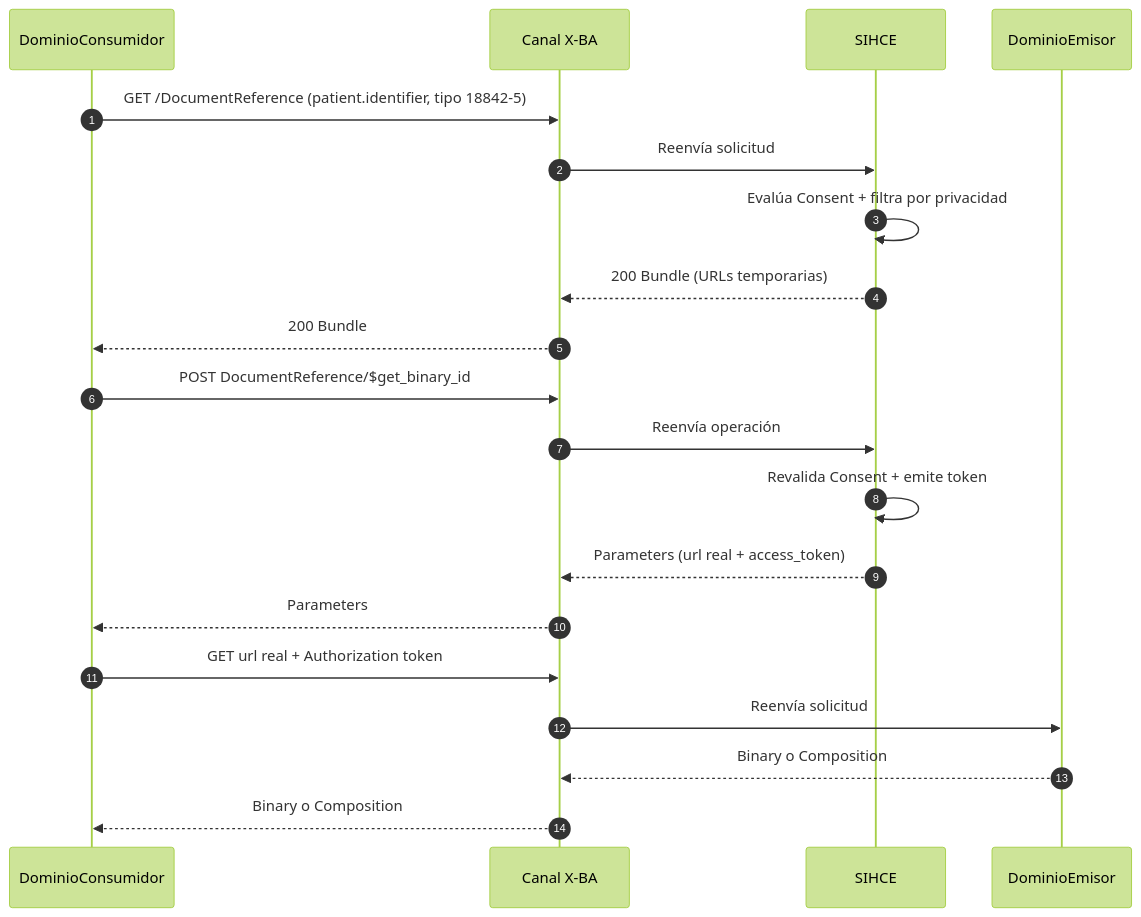
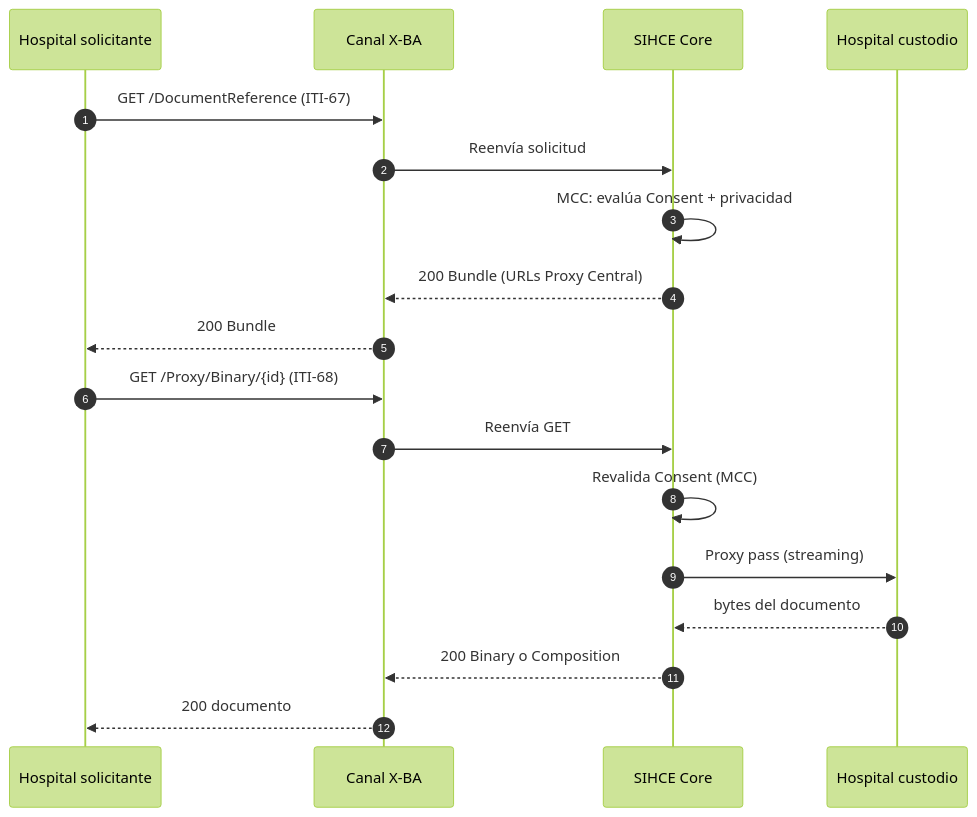
One commit to HL7-AR/sihce-ig changed the eighth of 10 diagrams in input/pagecontent/CasosDeUso.md. Above: the diagram before and after it, drawn with Mermaid (forest theme). The commit also changed other lines of this file and 1274 other files, not shown here.

First line of the commit message:
IG v1.5.0: Proxy Central ITI-67/68 y eliminación de $get_binary_id.

````diff
--- a/input/pagecontent/CasosDeUso.md
+++ b/input/pagecontent/CasosDeUso.md
@@ -144,22 +144,20 @@
 ```mermaid
 sequenceDiagram
   autonumber
-  participant C as DominioConsumidor
+  participant C as Hospital solicitante
   participant X as Canal X-BA
-  participant S as SIHCE
-  participant E as DominioEmisor
-  C->>X: GET /DocumentReference (patient.identifier, tipo 18842-5)
+  participant S as SIHCE Core
+  participant E as Hospital custodio
+  C->>X: GET /DocumentReference (ITI-67)
   X->>S: Reenvía solicitud
-  S->>S: Evalúa Consent + filtra por privacidad
-  S-->>X: 200 Bundle (URLs temporarias)
+  S->>S: MCC: evalúa Consent + privacidad
+  S-->>X: 200 Bundle (URLs Proxy Central)
   X-->>C: 200 Bundle
-  C->>X: POST DocumentReference/$get_binary_id
-  X->>S: Reenvía operación
-  S->>S: Revalida Consent + emite token
-  S-->>X: Parameters (url real + access_token)
-  X-->>C: Parameters
-  C->>X: GET url real + Authorization token
-  X->>E: Reenvía solicitud
-  E-->>X: Binary o Composition
-  X-->>C: Binary o Composition
+  C->>X: GET /Proxy/Binary/{id} (ITI-68)
+  X->>S: Reenvía GET
+  S->>S: Revalida Consent (MCC)
+  S->>E: Proxy pass (streaming)
+  E-->>S: bytes del documento
+  S-->>X: 200 Binary o Composition
+  X-->>C: 200 documento
 ```
````
